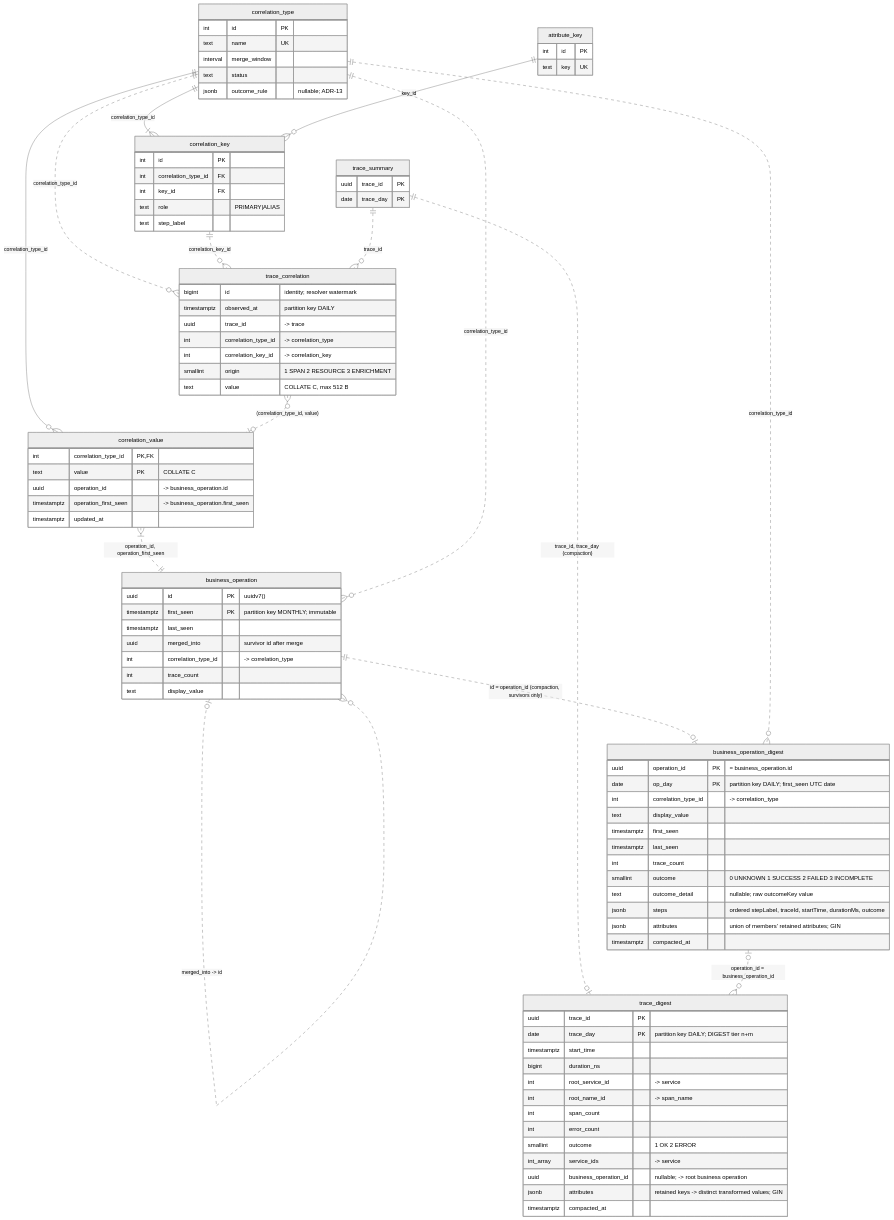
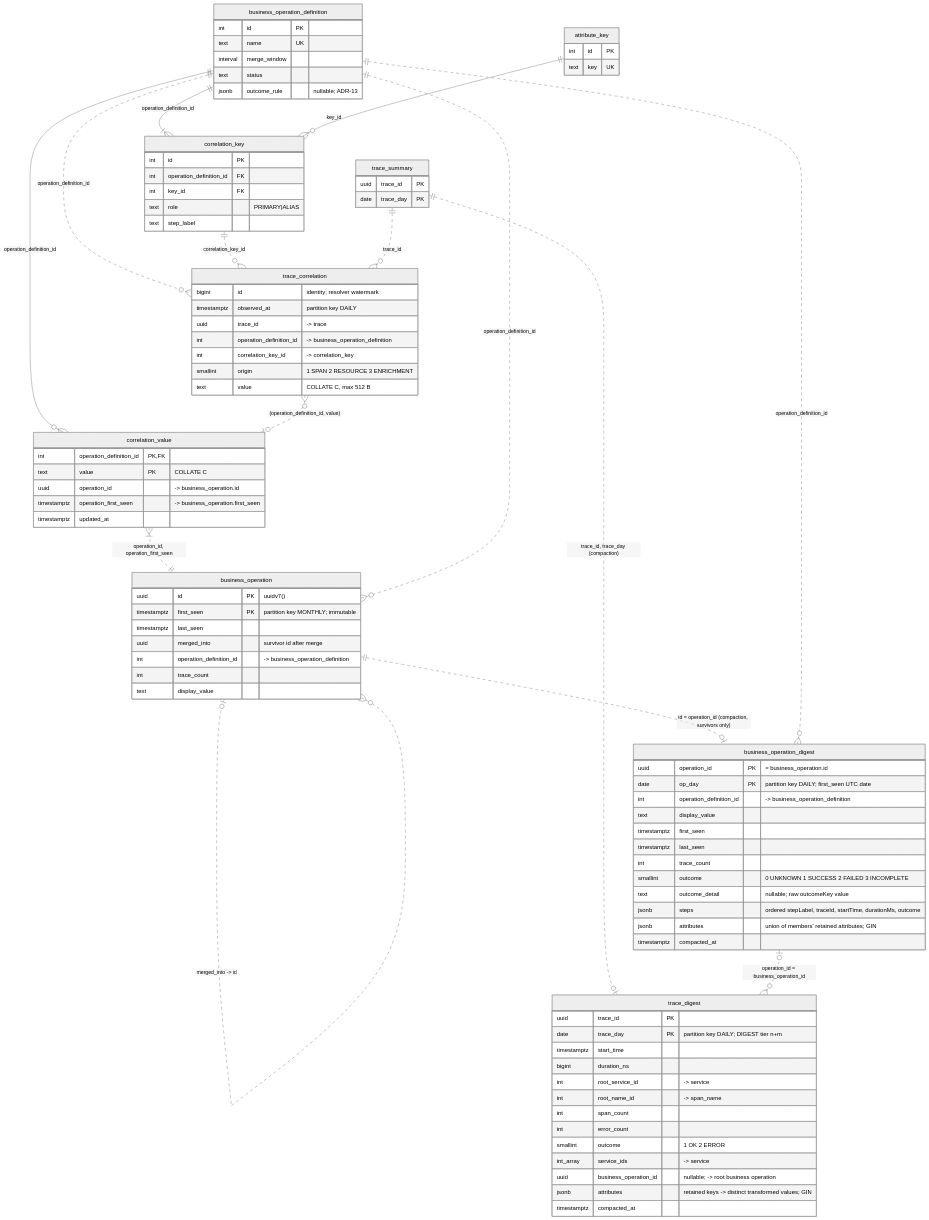
The fifth of 7 diagrams in agent/08-er-diagrams.md (aasmc/tracing-system), drawn with Mermaid (neutral theme) before and after one commit. The commit also changed other lines of this file and 122 other files, not shown here.

````diff
--- a/agent/08-er-diagrams.md
+++ b/agent/08-er-diagrams.md
@@ -445,21 +445,21 @@
 ```mermaid
 erDiagram
-    correlation_type ||--|{ correlation_key : "correlation_type_id"
+    business_operation_definition ||--|{ correlation_key : "operation_definition_id"
     attribute_key ||--o{ correlation_key : "key_id"
-    correlation_type ||--o{ correlation_value : "correlation_type_id"
-    correlation_type ||..o{ trace_correlation : "correlation_type_id"
+    business_operation_definition ||--o{ correlation_value : "operation_definition_id"
+    business_operation_definition ||..o{ trace_correlation : "operation_definition_id"
     correlation_key ||..o{ trace_correlation : "correlation_key_id"
     trace_summary ||..o{ trace_correlation : "trace_id"
-    trace_correlation }o..o| correlation_value : "(correlation_type_id, value)"
+    trace_correlation }o..o| correlation_value : "(operation_definition_id, value)"
     correlation_value }|..|| business_operation : "operation_id, operation_first_seen"
-    correlation_type ||..o{ business_operation : "correlation_type_id"
+    business_operation_definition ||..o{ business_operation : "operation_definition_id"
     business_operation |o..o{ business_operation : "merged_into -> id"
     trace_summary ||..o| trace_digest : "trace_id, trace_day (compaction)"
     business_operation ||..o| business_operation_digest : "id = operation_id (compaction, survivors only)"
-    correlation_type ||..o{ business_operation_digest : "correlation_type_id"
+    business_operation_definition ||..o{ business_operation_digest : "operation_definition_id"
     business_operation_digest |o..o{ trace_digest : "operation_id = business_operation_id"
 
-    correlation_type {
+    business_operation_definition {
         int id PK
         text name UK
         interval merge_window
@@ -468,7 +468,7 @@
     }
     correlation_key {
         int id PK
-        int correlation_type_id FK
+        int operation_definition_id FK
         int key_id FK
         text role "PRIMARY|ALIAS"
         text step_label
@@ -481,13 +481,13 @@
         bigint id "identity; resolver watermark"
         timestamptz observed_at "partition key DAILY"
         uuid trace_id "-> trace"
-        int correlation_type_id "-> correlation_type"
+        int operation_definition_id "-> business_operation_definition"
         int correlation_key_id "-> correlation_key"
         smallint origin "1 SPAN 2 RESOURCE 3 ENRICHMENT"
         text value "COLLATE C, max 512 B"
     }
     correlation_value {
-        int correlation_type_id PK, FK
+        int operation_definition_id PK, FK
         text value PK "COLLATE C"
         uuid operation_id "-> business_operation.id"
         timestamptz operation_first_seen "-> business_operation.first_seen"
@@ -498,7 +498,7 @@
         timestamptz first_seen PK "partition key MONTHLY; immutable"
         timestamptz last_seen
         uuid merged_into "survivor id after merge"
-        int correlation_type_id "-> correlation_type"
+        int operation_definition_id "-> business_operation_definition"
         int trace_count
         text display_value
     }
@@ -524,7 +524,7 @@
     business_operation_digest {
         uuid operation_id PK "= business_operation.id"
         date op_day PK "partition key DAILY; first_seen UTC date"
-        int correlation_type_id "-> correlation_type"
+        int operation_definition_id "-> business_operation_definition"
         text display_value
         timestamptz first_seen
         timestamptz last_seen
````
